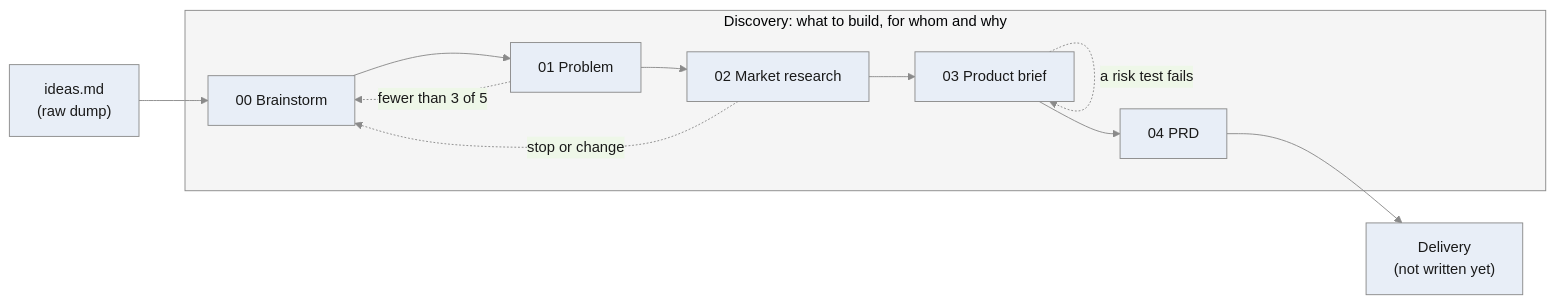
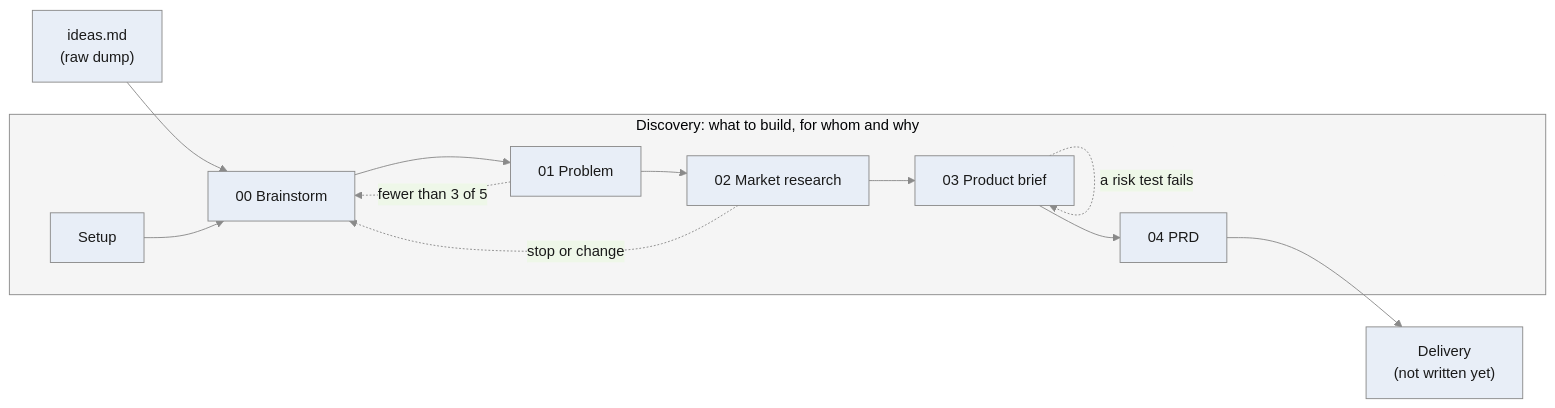
The diagram in FLOWS.md (developedbyflow/ways-of-working), drawn with Mermaid before and after one commit. The commit also changed other lines of this file and 7 other files, not shown here.

````diff
--- a/FLOWS.md
+++ b/FLOWS.md
@@ -9,12 +9,12 @@
 ```mermaid
 %%{init: {"theme": "base", "themeVariables": {"primaryColor": "#e8eef7", "primaryTextColor": "#1a1a1a", "primaryBorderColor": "#8a8a8a", "lineColor": "#8a8a8a", "clusterBkg": "#f5f5f5", "clusterBorder": "#8a8a8a"}}}%%
 flowchart LR
   I["ideas.md<br/>(raw dump)"] --> B
   subgraph D["Discovery: what to build, for whom and why"]
-    B["00 Brainstorm"] --> P["01 Problem"] --> M["02 Market research"] --> R["03 Product brief"] --> Q["04 PRD"]
+    S["Setup"] --> B["00 Brainstorm"] --> P["01 Problem"] --> M["02 Market research"] --> R["03 Product brief"] --> Q["04 PRD"]
   end
   Q --> X["Delivery<br/>(not written yet)"]
   P -. "fewer than 3 of 5" .-> B
   M -. "stop or change" .-> B
   R -. "a risk test fails" .-> R
 ```
````
